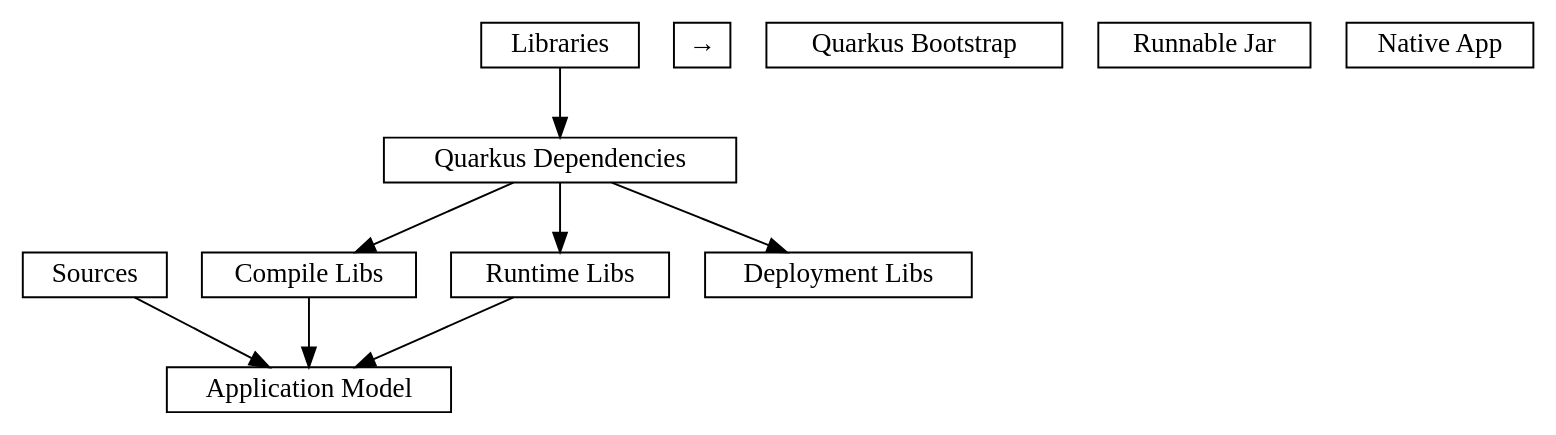
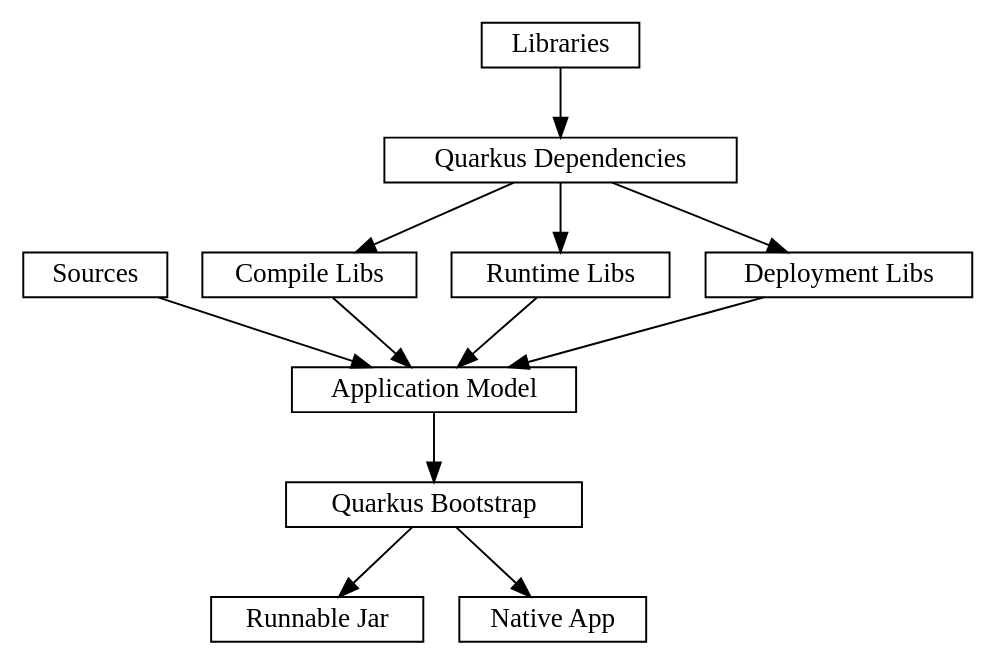
Before and after one commit to com-lihaoyi/mill: the third of 3 diagrams in website/blog/modules/ROOT/pages/21-quarkus-spring-micronaut-with-mill.adoc, drawn with Graphviz. The commit also changed other lines of this file and 2 other files, not shown here.

```diff
--- a/website/blog/modules/ROOT/pages/21-quarkus-spring-micronaut-with-mill.adoc
+++ b/website/blog/modules/ROOT/pages/21-quarkus-spring-micronaut-with-mill.adoc
@@ -341,19 +370,19 @@
 [graphviz]
 ....
 digraph Quarkus {
   rankdir=TB
   node [shape=box width=0 height=0]
 
   "Sources" -> "Application Model"
   "Libraries" -> "Quarkus Dependencies"
   "Quarkus Dependencies" -> "Compile Libs"
   "Quarkus Dependencies" -> "Runtime Libs"
   "Quarkus Dependencies" -> "Deployment Libs"
   "Compile Libs" -> "Application Model"
   "Runtime Libs" -> "Application Model"
-  "Deployment Libs" → "Application Model"
-  "Application Model" → "Quarkus Bootstrap"
-  "Quarkus Bootstrap" → "Runnable Jar"
-  "Quarkus Bootstrap" → "Native App"
+  "Deployment Libs" -> "Application Model"
+  "Application Model" -> "Quarkus Bootstrap"
+  "Quarkus Bootstrap" -> "Runnable Jar"
+  "Quarkus Bootstrap" -> "Native App"
 }
 ....
```
